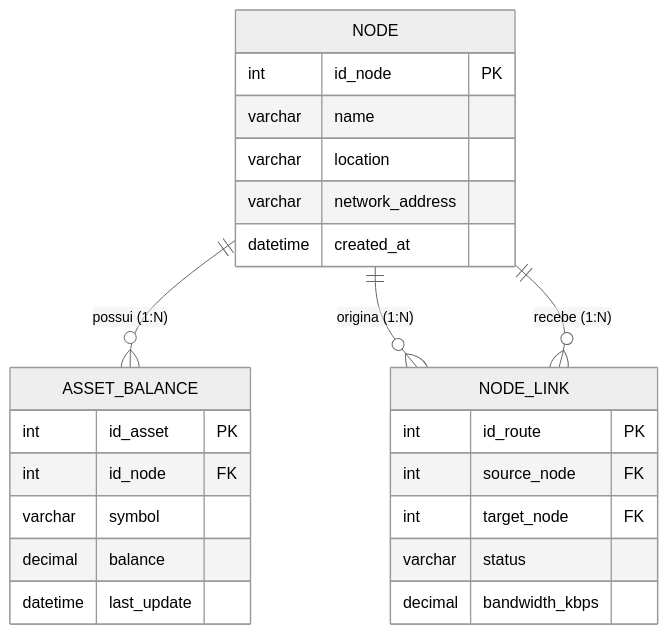
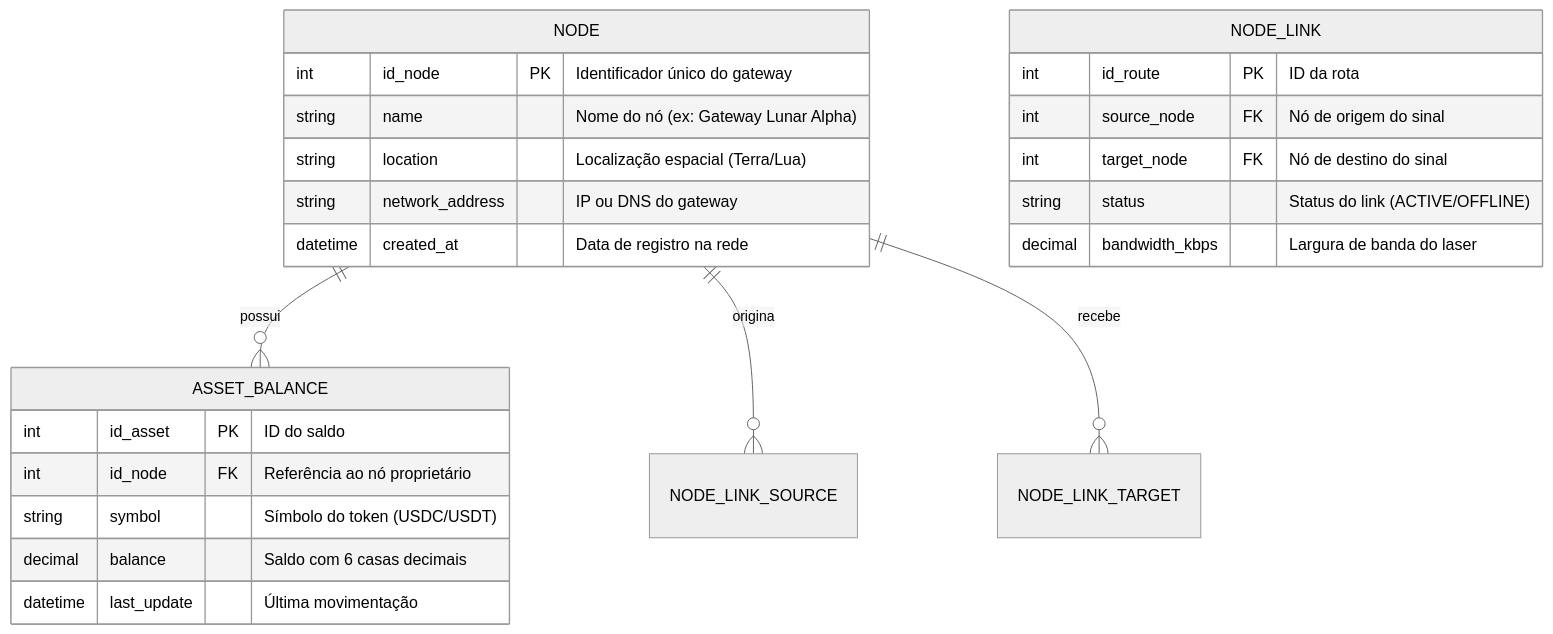
One commit to ChronosDTN/backend-dotnet changed the second of 2 diagrams in README.md. Above: the diagram before and after it, drawn with Mermaid (neutral theme). The commit also changed other lines of this file, not shown here.

Commit message:
Atualização Readme

````diff
--- a/README.md
+++ b/README.md
@@ -286,30 +288,30 @@
 ```mermaid
 erDiagram
+    NODE ||--o{ ASSET_BALANCE : possui
+    NODE ||--o{ NODE_LINK_SOURCE : origina
+    NODE ||--o{ NODE_LINK_TARGET : recebe
+
     NODE {
-        int id_node PK
-        varchar name
-        varchar location
-        varchar network_address
-        datetime created_at
+        int id_node PK "Identificador único do gateway"
+        string name "Nome do nó (ex: Gateway Lunar Alpha)"
+        string location "Localização espacial (Terra/Lua)"
+        string network_address "IP ou DNS do gateway"
+        datetime created_at "Data de registro na rede"
     }
 
     ASSET_BALANCE {
-        int id_asset PK
-        int id_node FK
-        varchar symbol
-        decimal balance
-        datetime last_update
+        int id_asset PK "ID do saldo"
+        int id_node FK "Referência ao nó proprietário"
+        string symbol "Símbolo do token (USDC/USDT)"
+        decimal balance "Saldo com 6 casas decimais"
+        datetime last_update "Última movimentação"
     }
 
     NODE_LINK {
-        int id_route PK
-        int source_node FK
-        int target_node FK
-        varchar status
-        decimal bandwidth_kbps
+        int id_route PK "ID da rota"
+        int source_node FK "Nó de origem do sinal"
+        int target_node FK "Nó de destino do sinal"
+        string status "Status do link (ACTIVE/OFFLINE)"
+        decimal bandwidth_kbps "Largura de banda do laser"
     }
-
-    NODE ||--o{ ASSET_BALANCE : "possui (1:N)"
-    NODE ||--o{ NODE_LINK : "origina (1:N)"
-    NODE ||--o{ NODE_LINK : "recebe (1:N)"
 ```
````
